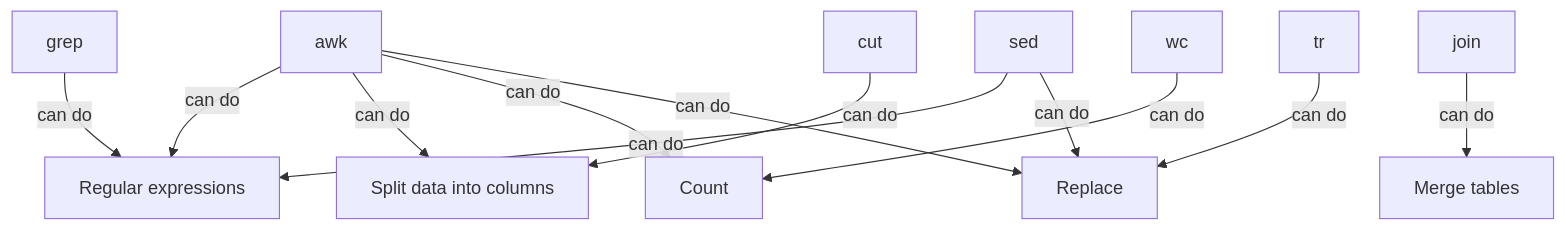
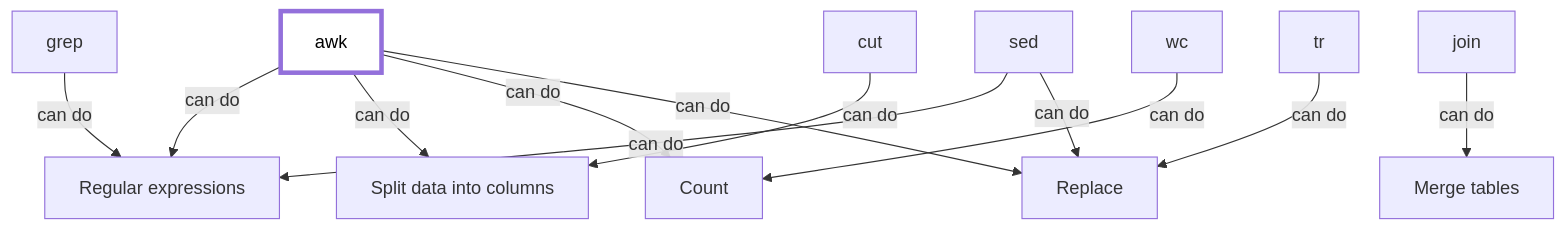
The diagram in docs/afternoon_session/related_tools.md (richelbilderbeek/awk_course), drawn with Mermaid before and after one commit. The commit also changed 1 other file, not shown here.

Commit message:
Add overviews

````diff
--- a/docs/afternoon_session/related_tools.md
+++ b/docs/afternoon_session/related_tools.md
@@ -24,34 +24,36 @@
 ```mermaid
 flowchart TD
 
-  awk
+  classDef focus_node fill:#fff,color:#000,stroke-width:4px
+
+  awk:::focus_node
   cut
   grep
   join
   sed
   tr
   wc
 
   regexps[Regular expressions]
   split_data_in_columns[Split data into columns]
   count[Count]
   merge_tables[Merge tables]
   replace[Replace]
 
   %% Tools
   awk --> |can do| regexps
   sed --> |can do| regexps
   grep --> |can do| regexps
 
   awk --> |can do| split_data_in_columns
   cut --> |can do| split_data_in_columns
 
   awk --> |can do| count 
   wc --> |can do| count
 
   awk --> |can do| replace
   tr --> |can do| replace
   sed --> |can do| replace
 
   join --> |can do| merge_tables
 ```
````
